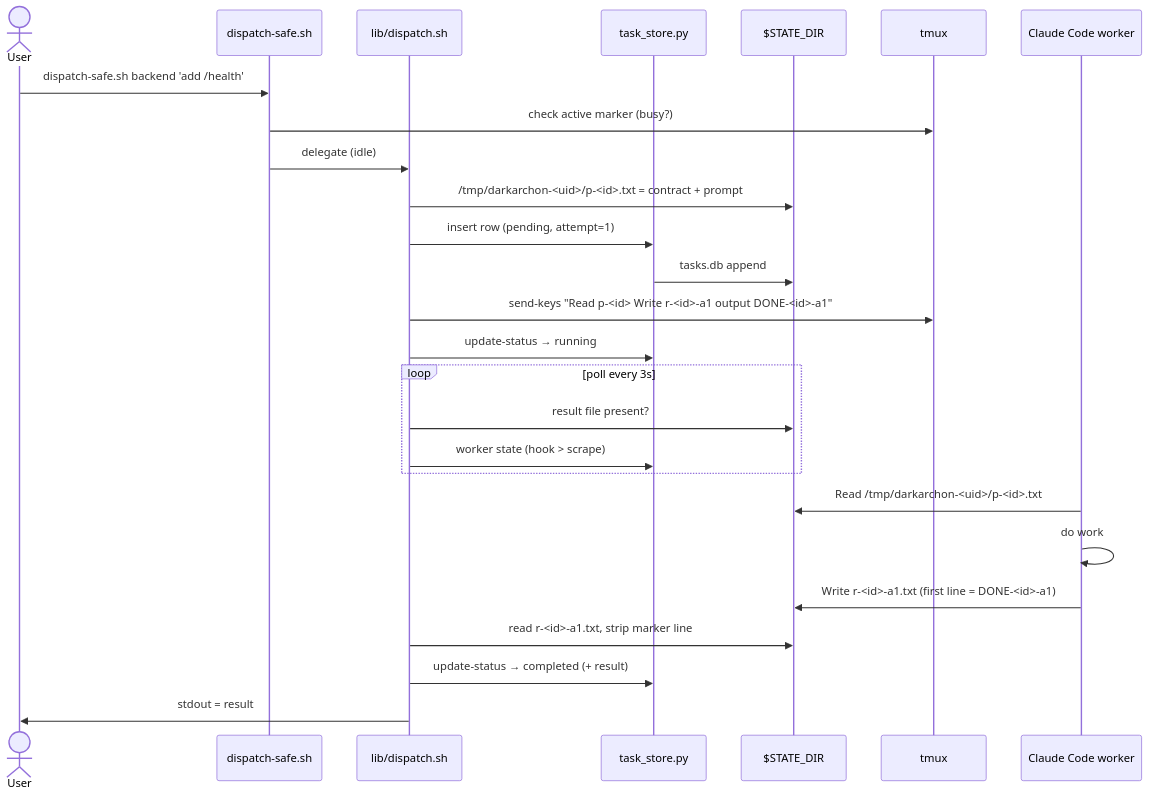
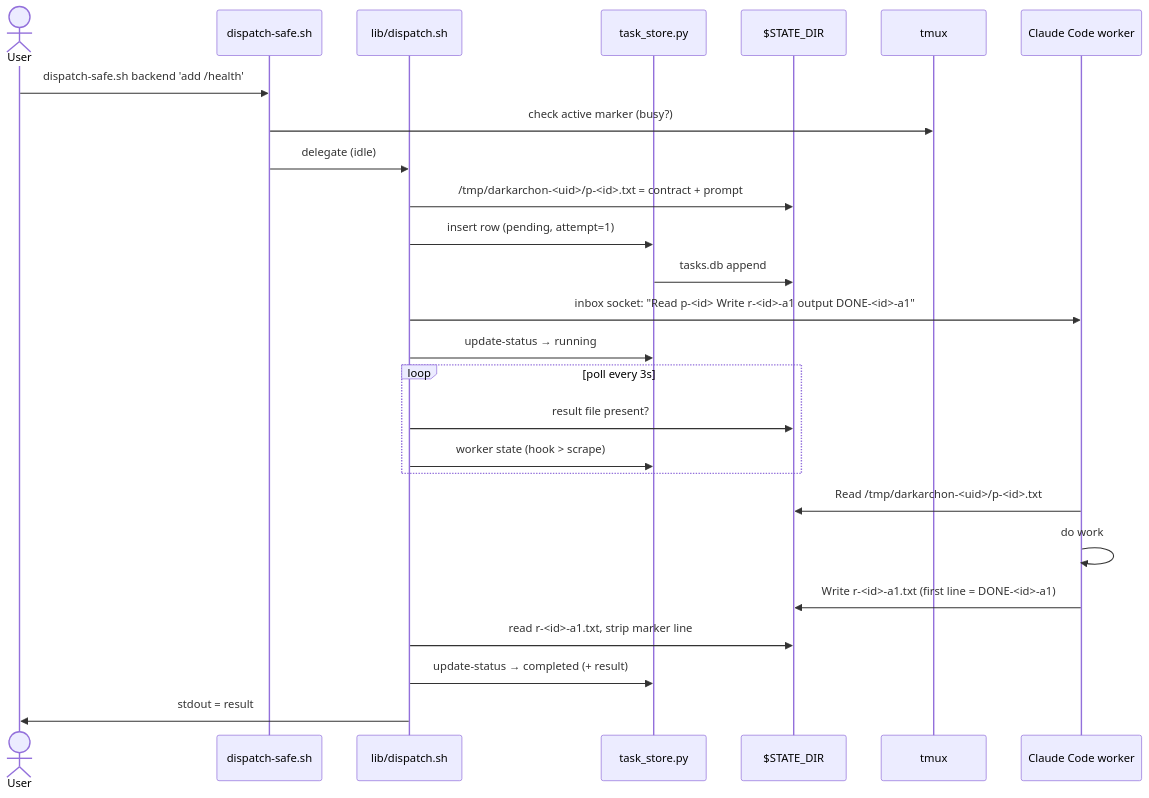
Before and after one commit to lopiter/darkarchon: the second of 4 diagrams in README.md, drawn with Mermaid. The commit also changed other lines of this file, not shown here.

First line of the commit message:
docs: describe the trigger's socket transport

````diff
--- a/README.md
+++ b/README.md
@@ -230,31 +231,31 @@
 ```mermaid
 sequenceDiagram
     actor User
     participant dispatch as dispatch-safe.sh
     participant disp as lib/dispatch.sh
     participant store as task_store.py
     participant fs as $STATE_DIR
     participant tmux as tmux
     participant claude as Claude Code worker
 
     User->>dispatch: dispatch-safe.sh backend 'add /health'
     dispatch->>tmux: check active marker (busy?)
     dispatch->>disp: delegate (idle)
     disp->>fs: /tmp/darkarchon-<uid>/p-<id>.txt = contract + prompt
     disp->>store: insert row (pending, attempt=1)
     store->>fs: tasks.db append
-    disp->>tmux: send-keys "Read p-<id> Write r-<id>-a1 output DONE-<id>-a1"
+    disp->>claude: inbox socket: "Read p-<id> Write r-<id>-a1 output DONE-<id>-a1"
     disp->>store: update-status → running
 
     loop poll every 3s
         disp->>fs: result file present?
         disp->>store: worker state (hook > scrape)
     end
 
     claude->>fs: Read /tmp/darkarchon-<uid>/p-<id>.txt
     claude->>claude: do work
     claude->>fs: Write r-<id>-a1.txt (first line = DONE-<id>-a1)
     disp->>fs: read r-<id>-a1.txt, strip marker line
     disp->>store: update-status → completed (+ result)
     disp->>User: stdout = result
 ```
````
